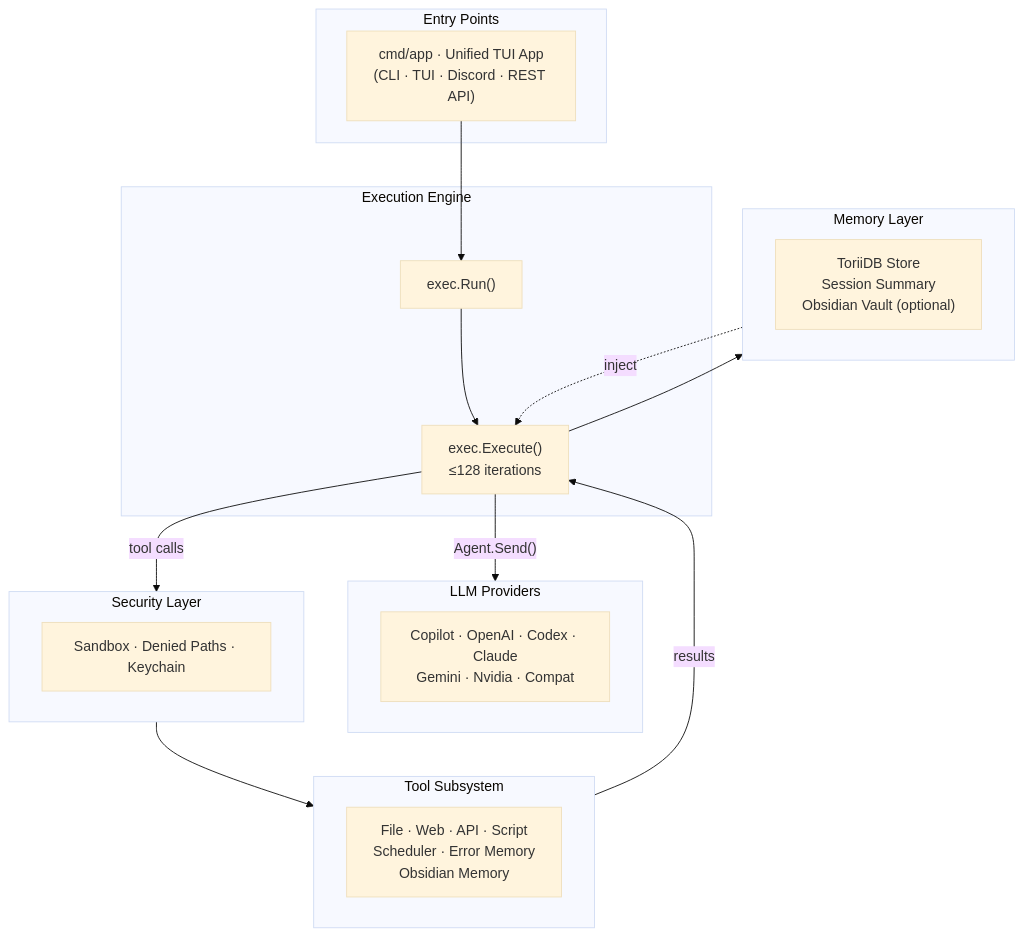
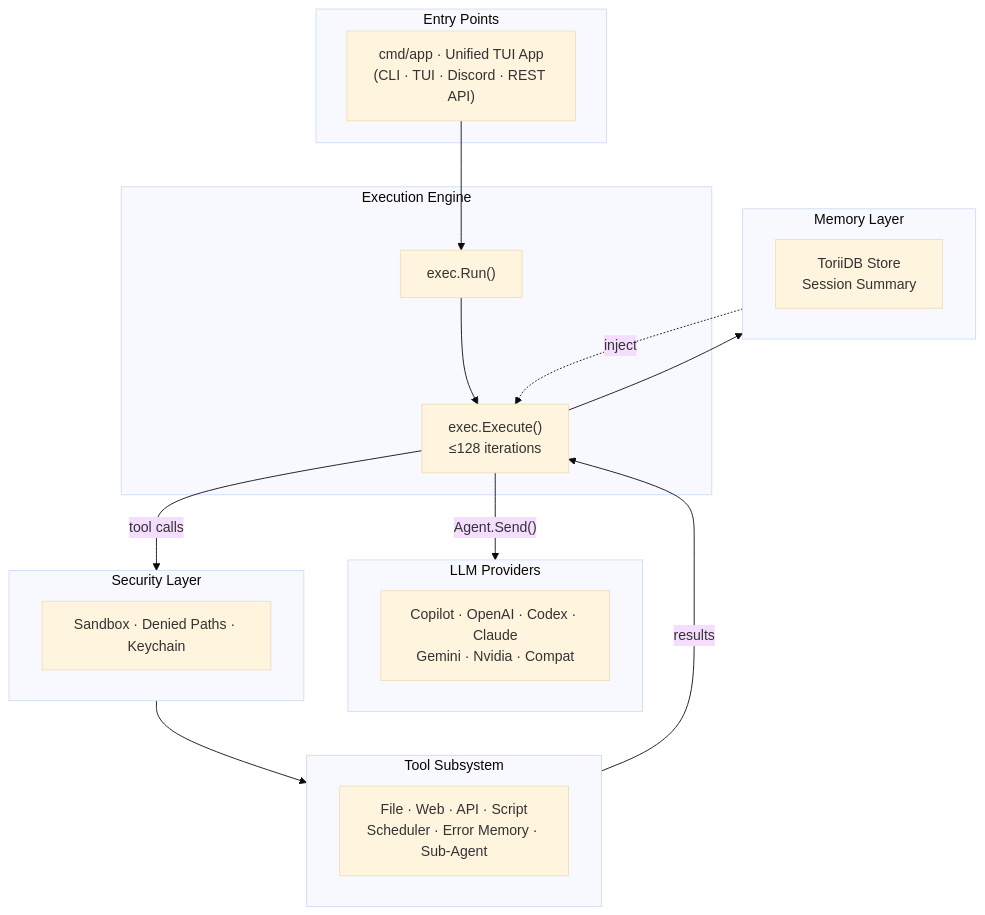
The first of 8 diagrams in doc/architecture.md (pardnchiu/Agenvoy), drawn with Mermaid (base theme) before and after one commit. The commit also changed other lines of this file and 5 other files, not shown here.

````diff
--- a/doc/architecture.md
+++ b/doc/architecture.md
@@ -11,36 +11,36 @@
 ```mermaid
 graph TB
     subgraph Entry ["Entry Points"]
         App["cmd/app · Unified TUI App\n(CLI · TUI · Discord · REST API)"]
     end
 
     subgraph Engine ["Execution Engine"]
         Run["exec.Run()"]
         Execute["exec.Execute()\n≤128 iterations"]
     end
 
     subgraph Providers ["LLM Providers"]
         P["Copilot · OpenAI · Codex · Claude\nGemini · Nvidia · Compat"]
     end
 
     subgraph Security ["Security Layer"]
         S["Sandbox · Denied Paths · Keychain"]
     end
 
     subgraph Tools ["Tool Subsystem"]
-        T["File · Web · API · Script\nScheduler · Error Memory\nObsidian Memory"]
+        T["File · Web · API · Script\nScheduler · Error Memory · Sub-Agent"]
     end
 
     subgraph Memory ["Memory Layer"]
-        PS["ToriiDB Store\nSession Summary\nObsidian Vault (optional)"]
+        PS["ToriiDB Store\nSession Summary"]
     end
 
     App --> Run
     Run --> Execute
     Execute -->|"Agent.Send()"| Providers
     Execute -->|"tool calls"| Security
     Security --> Tools
     Tools -->|"results"| Execute
     Execute --> Memory
     Memory -.->|"inject"| Execute
 ```
````
